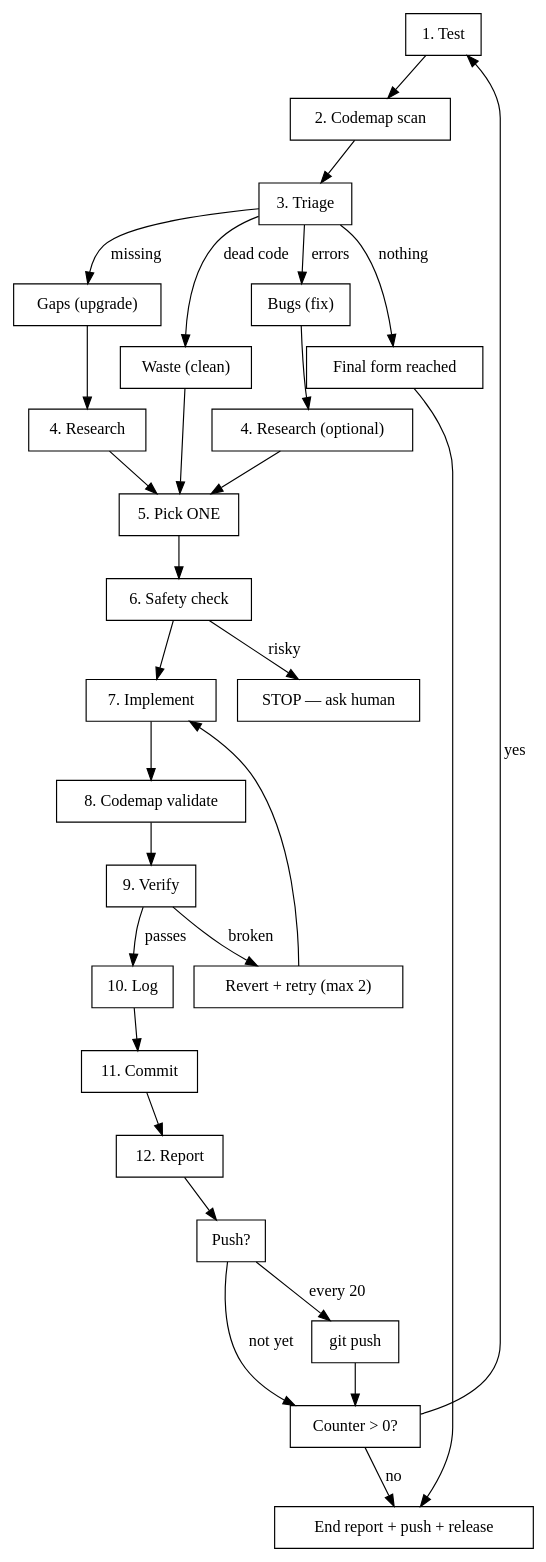
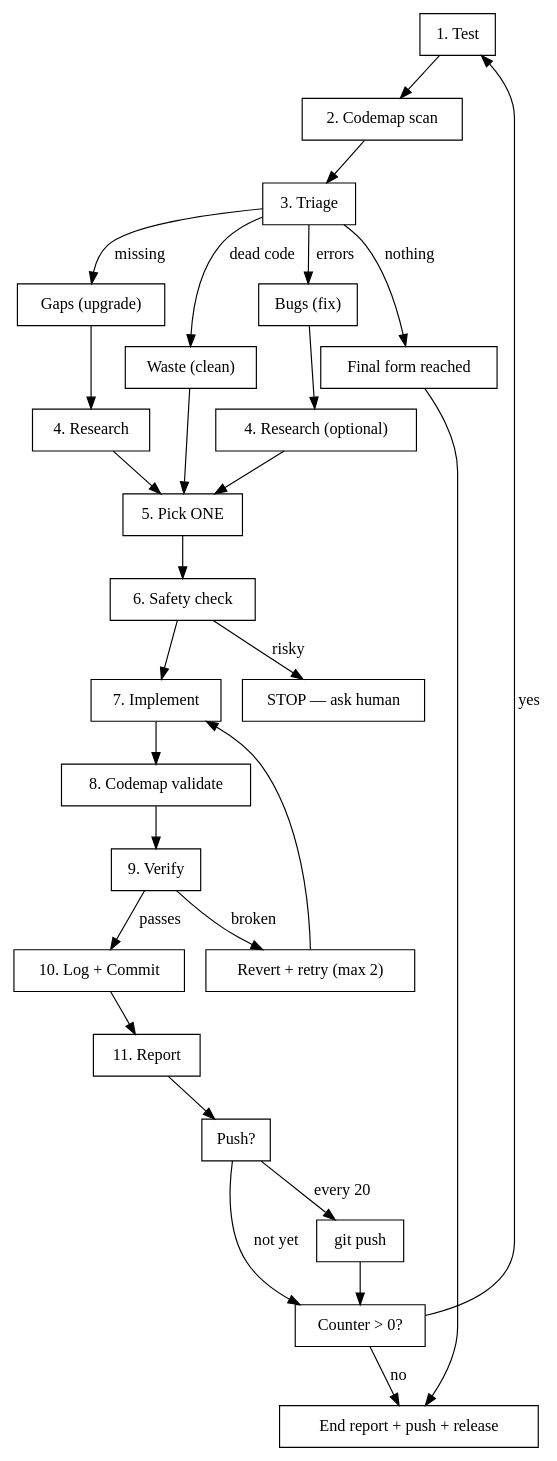
The diagram in plugin/skills/evolve/SKILL.md (charleschenai/loops), drawn with Graphviz before and after one commit. The commit also changed 2 other files, not shown here.

Commit message:
fix: update diagram and README to reflect 11-step workflow

````diff
--- a/plugin/skills/evolve/SKILL.md
+++ b/plugin/skills/evolve/SKILL.md
@@ -41,33 +41,32 @@
 ```dot
 digraph evolve {
     node [shape=box];
     "1. Test" -> "2. Codemap scan";
     "2. Codemap scan" -> "3. Triage";
     "3. Triage" -> "Final form reached" [label="nothing"];
     "3. Triage" -> "Bugs (fix)" [label="errors"];
     "3. Triage" -> "Waste (clean)" [label="dead code"];
     "3. Triage" -> "Gaps (upgrade)" [label="missing"];
     "Bugs (fix)" -> "4. Research (optional)";
     "Waste (clean)" -> "5. Pick ONE";
     "Gaps (upgrade)" -> "4. Research";
     "4. Research (optional)" -> "5. Pick ONE";
     "4. Research" -> "5. Pick ONE";
     "5. Pick ONE" -> "6. Safety check" [shape=diamond];
     "6. Safety check" -> "STOP — ask human" [label="risky"];
     "6. Safety check" -> "7. Implement";
     "7. Implement" -> "8. Codemap validate";
     "8. Codemap validate" -> "9. Verify";
     "9. Verify" -> "Revert + retry (max 2)" [label="broken"];
     "Revert + retry (max 2)" -> "7. Implement";
-    "9. Verify" -> "10. Log" [label="passes"];
-    "10. Log" -> "11. Commit";
-    "11. Commit" -> "12. Report";
-    "12. Report" -> "Push?" [shape=diamond];
+    "9. Verify" -> "10. Log + Commit" [label="passes"];
+    "10. Log + Commit" -> "11. Report";
+    "11. Report" -> "Push?" [shape=diamond];
     "Push?" -> "git push" [label="every 20"];
     "Push?" -> "Counter > 0?" [label="not yet"];
     "git push" -> "Counter > 0?";
     "Counter > 0?" -> "1. Test" [label="yes"];
     "Counter > 0?" -> "End report + push + release" [label="no"];
     "Final form reached" -> "End report + push + release";
 }
 ```
````
